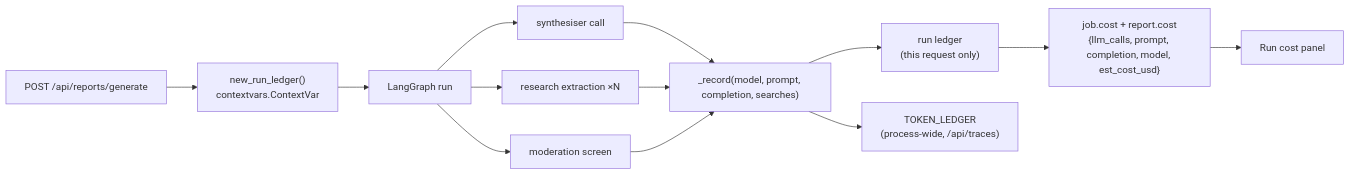
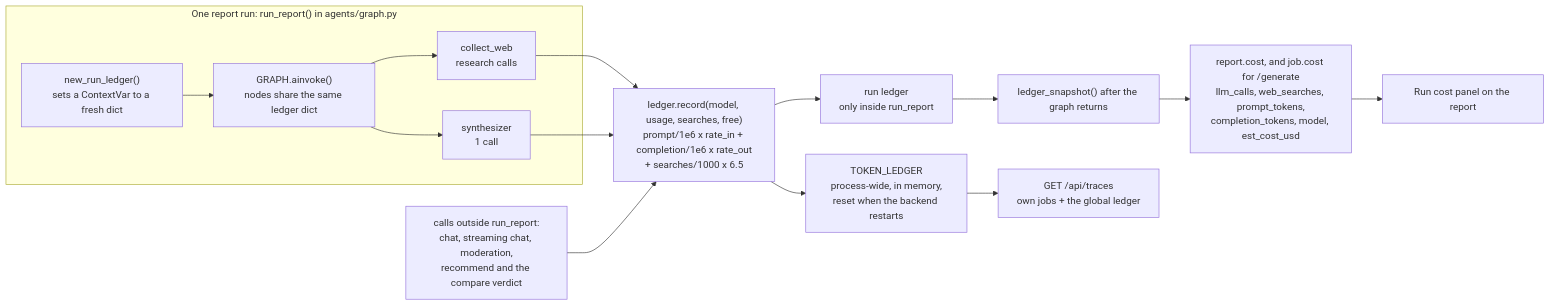
The second of 2 diagrams in project/docs/05-cost-model.md (Pranay0083/LocalIQ), drawn with Mermaid before and after one commit. The commit also changed other lines of this file and 79 other files, not shown here.

First line of the commit message:
Rewrite project docs, diagrams and screenshots against the code

````diff
--- a/project/docs/05-cost-model.md
+++ b/project/docs/05-cost-model.md
@@ -28,12 +112,19 @@
 ```mermaid
 flowchart LR
-    R["POST /api/reports/generate"] --> N["new_run_ledger()<br/>contextvars.ContextVar"]
-    N --> G["LangGraph run"]
-    G --> C1["synthesiser call"] --> REC["_record(model, prompt, completion, searches)"]
-    G --> C2["research extraction ×N"] --> REC
-    G --> C3["moderation screen"] --> REC
-    REC --> RL["run ledger<br/>(this request only)"]
-    REC --> GL["TOKEN_LEDGER<br/>(process-wide, /api/traces)"]
-    RL --> W["job.cost + report.cost<br/>{llm_calls, prompt, completion, model, est_cost_usd}"]
-    W --> UI["Run cost panel"]
+    subgraph RUN["One report run: run_report() in agents/graph.py"]
+        N["new_run_ledger()<br/>sets a ContextVar to a fresh dict"] --> G["GRAPH.ainvoke()<br/>nodes share the same ledger dict"]
+        G --> W["collect_web<br/>research calls"]
+        G --> S["synthesizer<br/>1 call"]
+    end
+    OUT["calls outside run_report:<br/>chat, streaming chat, moderation,<br/>recommend and the compare verdict"]
+
+    W --> R["ledger.record(model, usage, searches, free)<br/>prompt/1e6 x rate_in + completion/1e6 x rate_out<br/>+ searches/1000 x 6.5"]
+    S --> R
+    OUT --> R
+    R --> RL["run ledger<br/>only inside run_report"]
+    R --> GL["TOKEN_LEDGER<br/>process-wide, in memory,<br/>reset when the backend restarts"]
+    RL --> SNAP["ledger_snapshot() after the graph returns"]
+    SNAP --> COST["report.cost, and job.cost for /generate<br/>llm_calls, web_searches, prompt_tokens,<br/>completion_tokens, model, est_cost_usd"]
+    COST --> UI["Run cost panel on the report"]
+    GL --> TR["GET /api/traces<br/>own jobs + the global ledger"]
 ```
````
